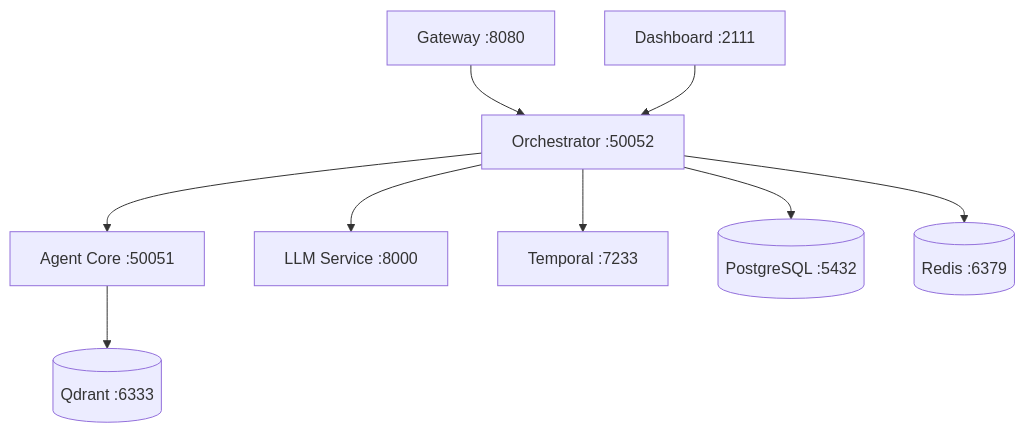
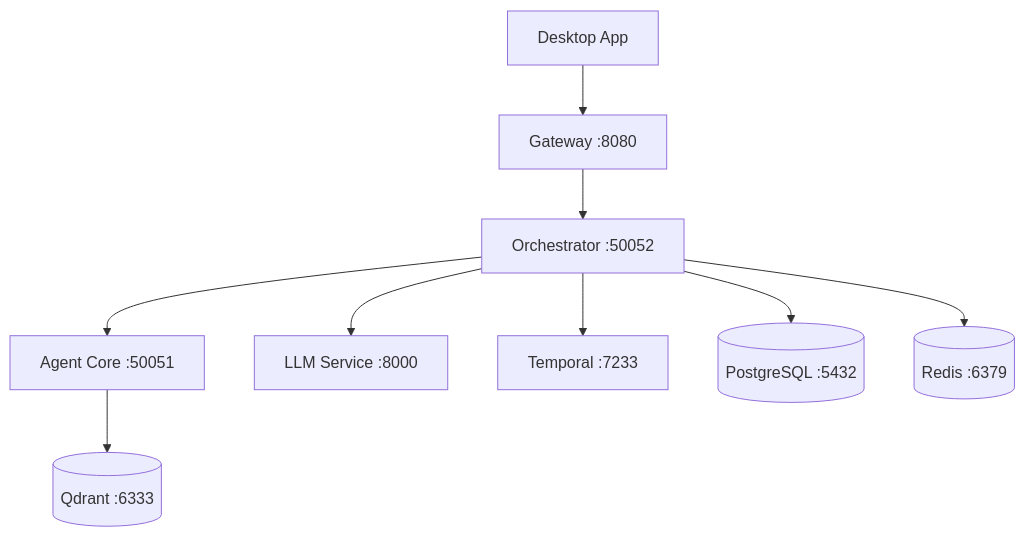
The diagram in cn/deployment/index.mdx (Kocoro-lab/Shannon-docs), drawn with Mermaid before and after one commit. The commit also changed other lines of this file and 27 other files, not shown here.

````diff
--- a/cn/deployment/index.mdx
+++ b/cn/deployment/index.mdx
@@ -93,11 +93,11 @@
 ```mermaid
 graph TB
     Gateway[Gateway :8080] --> Orchestrator[Orchestrator :50052]
     Orchestrator --> AgentCore[Agent Core :50051]
     Orchestrator --> LLMService[LLM Service :8000]
     Orchestrator --> Temporal[Temporal :7233]
     Orchestrator --> PostgreSQL[(PostgreSQL :5432)]
     Orchestrator --> Redis[(Redis :6379)]
     AgentCore --> Qdrant[(Qdrant :6333)]
-    Dashboard[Dashboard :2111] --> Orchestrator
+    DesktopApp[Desktop App] --> Gateway
 ```
````
